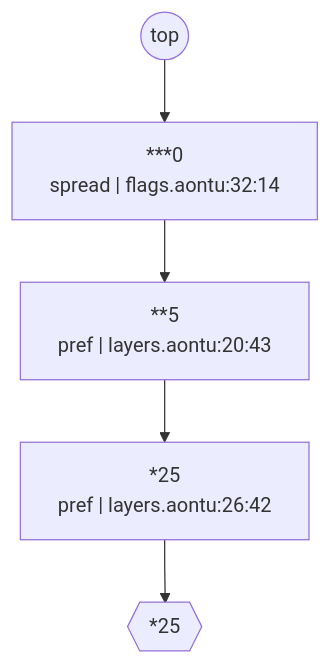
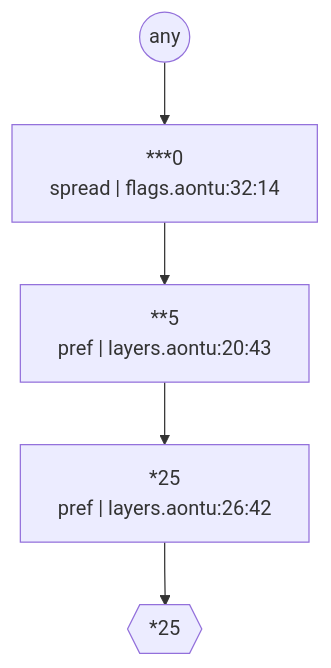
The diagram in use-cases/08-feature-flags/expected/diagram-ladder.mmd (aontu-lang/aontu), drawn with Mermaid before and after one commit. The commit also changed 336 other files, not shown here.

```diff
--- a/use-cases/08-feature-flags/expected/diagram-ladder.mmd
+++ b/use-cases/08-feature-flags/expected/diagram-ladder.mmd
@@ -1,10 +1,10 @@
 graph TD
-  top(("top"))
+  any(("any"))
   c0["***0<br/>spread | flags.aontu:32:14"]
   c1["**5<br/>pref | layers.aontu:20:43"]
   c2["*25<br/>pref | layers.aontu:26:42"]
   val{{"*25"}}
-  top --> c0
+  any --> c0
   c0 --> c1
   c1 --> c2
   c2 --> val
```
